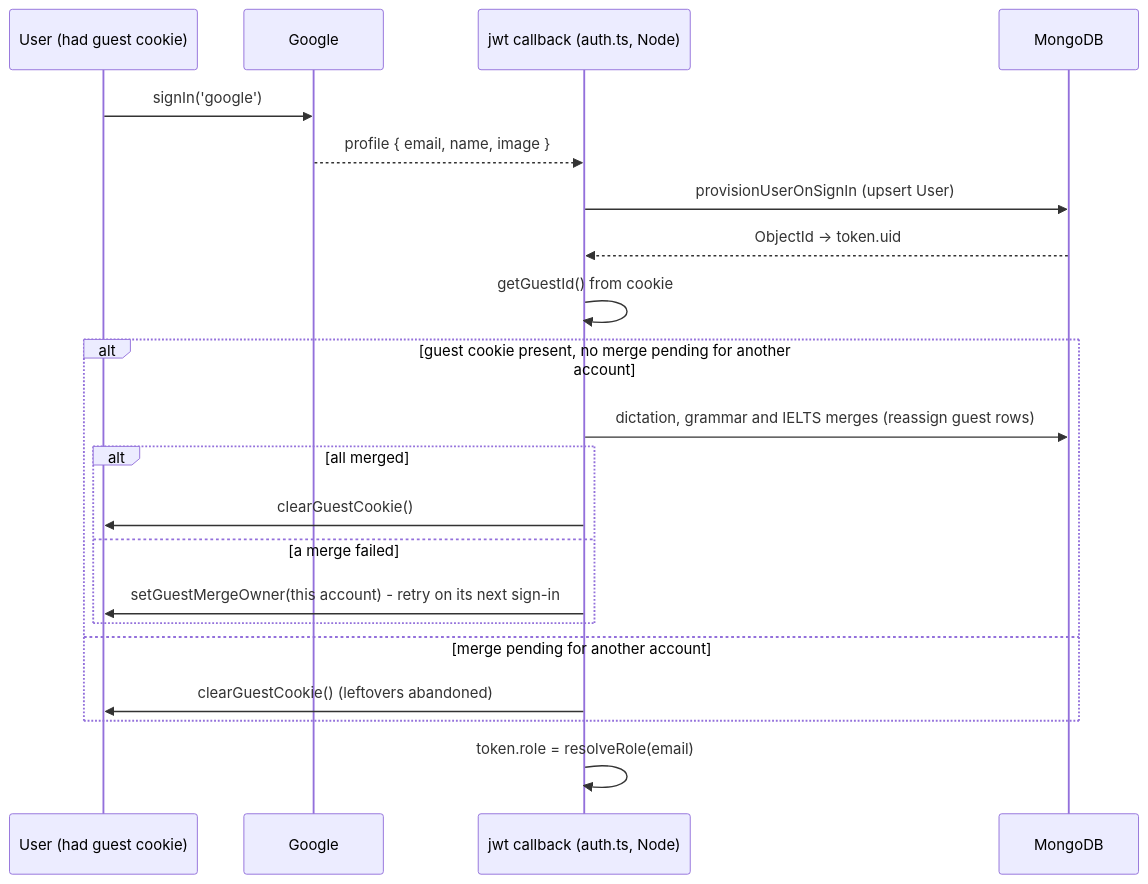
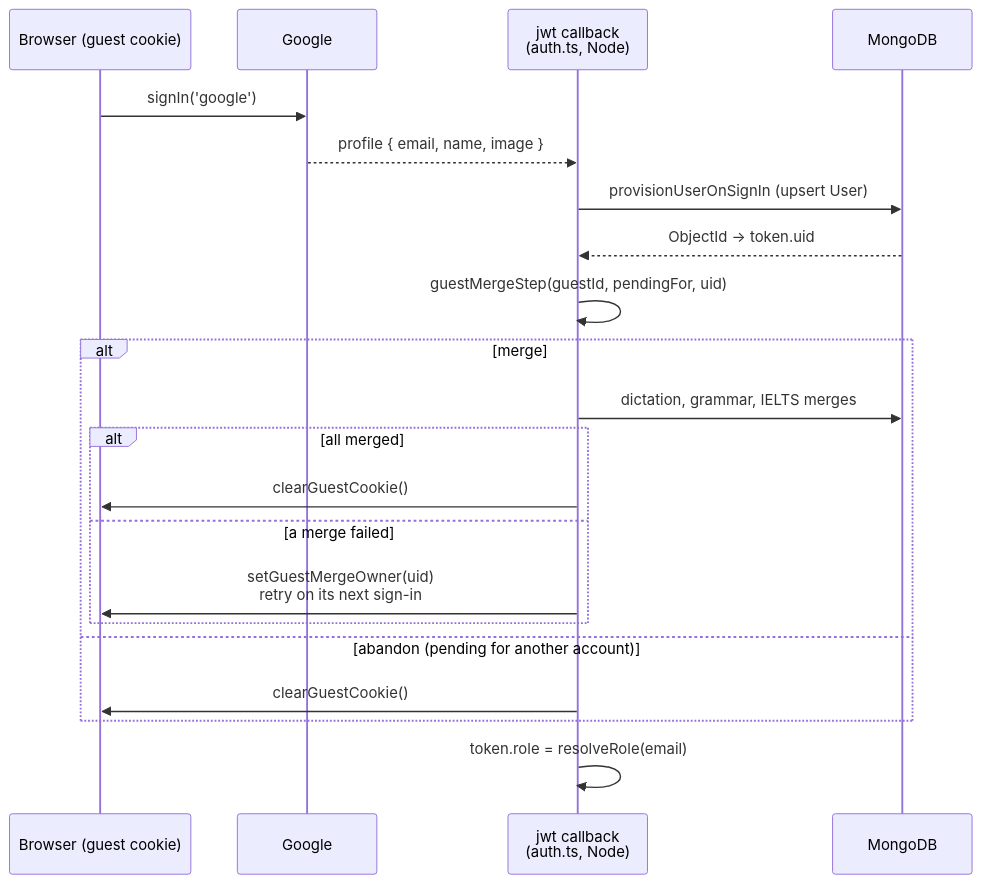
One commit to NaKMiers/English_For_Only_Me changed the second of 3 diagrams in docs/07-auth-infra-testing.md. Above: the diagram before and after it, drawn with Mermaid. The commit also changed other lines of this file and 12 other files, not shown here.

First line of the commit message:
docs: full sync with the code at 99d515a, plus grammar and IELTS docs

````diff
--- a/docs/07-auth-infra-testing.md
+++ b/docs/07-auth-infra-testing.md
@@ -146,23 +164,23 @@
 ```mermaid
 sequenceDiagram
-  participant U as User (had guest cookie)
+  participant U as Browser (guest cookie)
   participant G as Google
-  participant J as jwt callback (auth.ts, Node)
+  participant J as jwt callback<br/>(auth.ts, Node)
   participant DB as MongoDB
   U->>G: signIn('google')
   G-->>J: profile { email, name, image }
   J->>DB: provisionUserOnSignIn (upsert User)
   DB-->>J: ObjectId -> token.uid
-  J->>J: getGuestId() from cookie
-  alt guest cookie present, no merge pending for another account
-    J->>DB: dictation, grammar and IELTS merges (reassign guest rows)
+  J->>J: guestMergeStep(guestId, pendingFor, uid)
+  alt merge
+    J->>DB: dictation, grammar, IELTS merges
     alt all merged
       J->>U: clearGuestCookie()
     else a merge failed
-      J->>U: setGuestMergeOwner(this account) - retry on its next sign-in
+      J->>U: setGuestMergeOwner(uid)<br/>retry on its next sign-in
     end
-  else merge pending for another account
-    J->>U: clearGuestCookie() (leftovers abandoned)
+  else abandon (pending for another account)
+    J->>U: clearGuestCookie()
   end
   J->>J: token.role = resolveRole(email)
 ```
````
